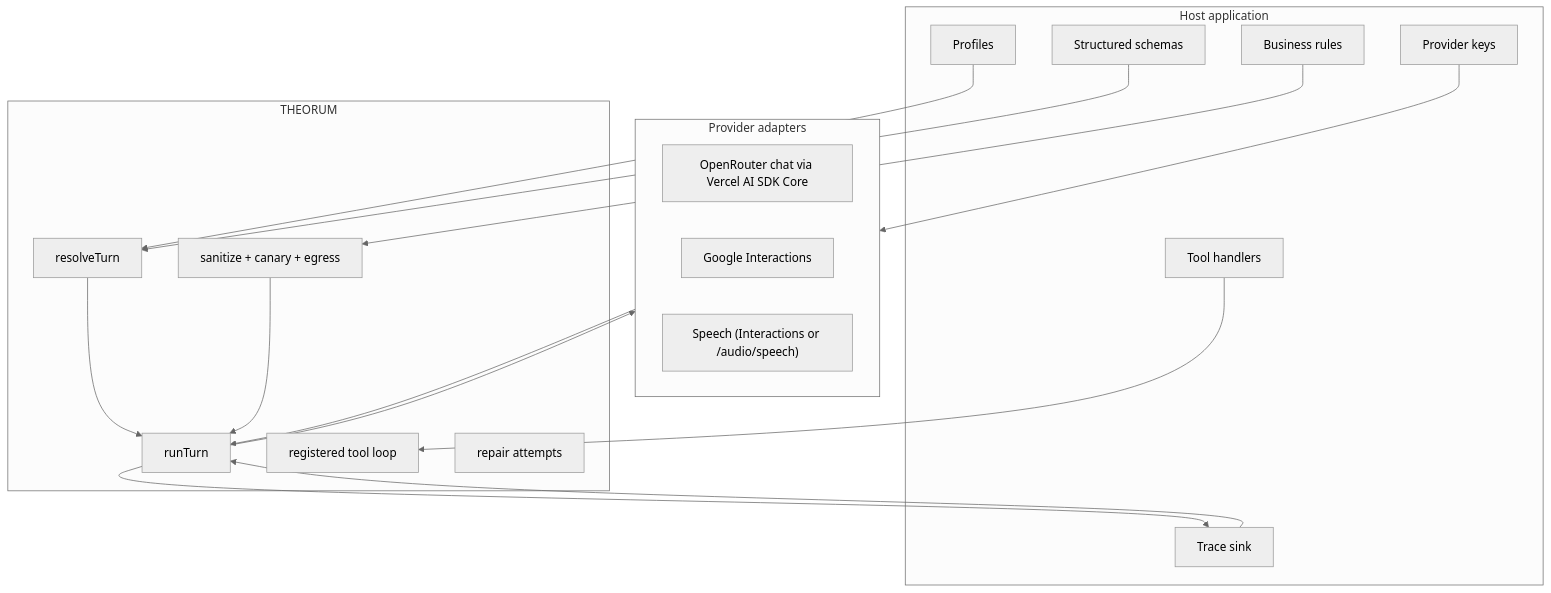
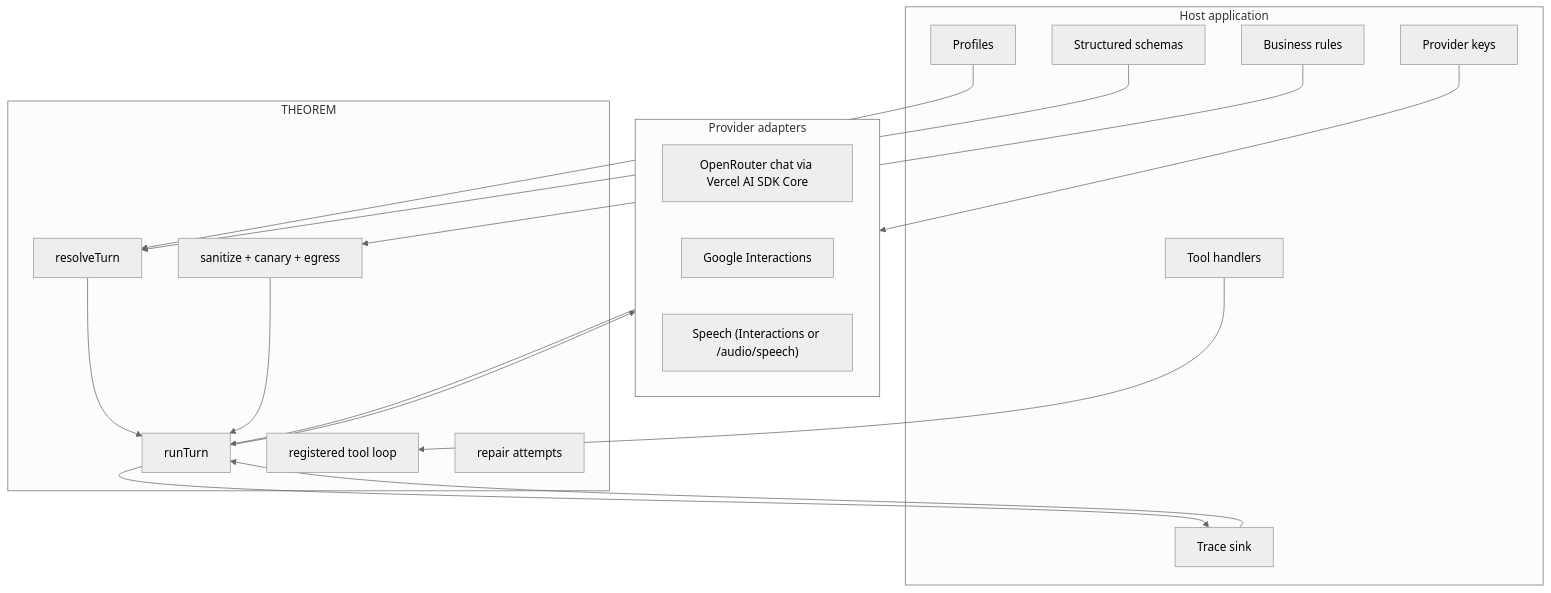
The first of 2 diagrams in README.md (masudl-hub/theoremai), drawn with Mermaid (neutral theme) before and after one commit. The commit also changed other lines of this file and 183 other files, not shown here.

Commit message:
feat!: rename Theorum to Theorem agents

````diff
--- a/README.md
+++ b/README.md
@@ -60,37 +53,37 @@
 ```mermaid
 flowchart TD
     subgraph Host["Host application"]
         Profile["Profiles"]
         Schemas["Structured schemas"]
         Tools["Tool handlers"]
         Keys["Provider keys"]
         TraceSink["Trace sink"]
         Policy["Business rules"]
     end
 
-    subgraph Kernel["THEORUM"]
+    subgraph Kernel["THEOREM"]
         Resolve["resolveTurn"]
         Guard["sanitize + canary + egress"]
         Runner["runTurn"]
         ToolLoop["registered tool loop"]
         Repair["repair attempts"]
     end
 
     subgraph Providers["Provider adapters"]
         OR["OpenRouter chat via Vercel AI SDK Core"]
         GI["Google Interactions"]
         Speech["Speech (Interactions or /audio/speech)"]
     end
 
     Profile --> Resolve
     Schemas --> Resolve
     Tools --> ToolLoop
     Keys --> Providers
     TraceSink --> Runner
     Policy --> Guard
     Resolve --> Runner
     Guard --> Runner
     Runner --> Providers
     Providers --> Runner
     Runner --> TraceSink
 ```
````
